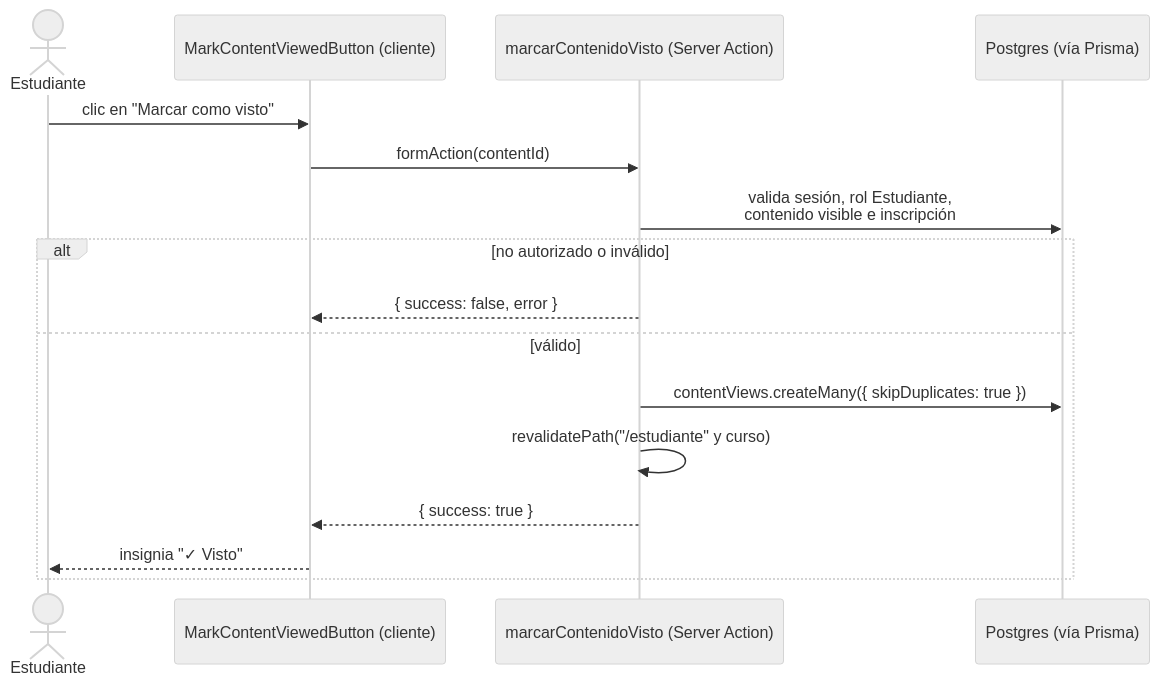
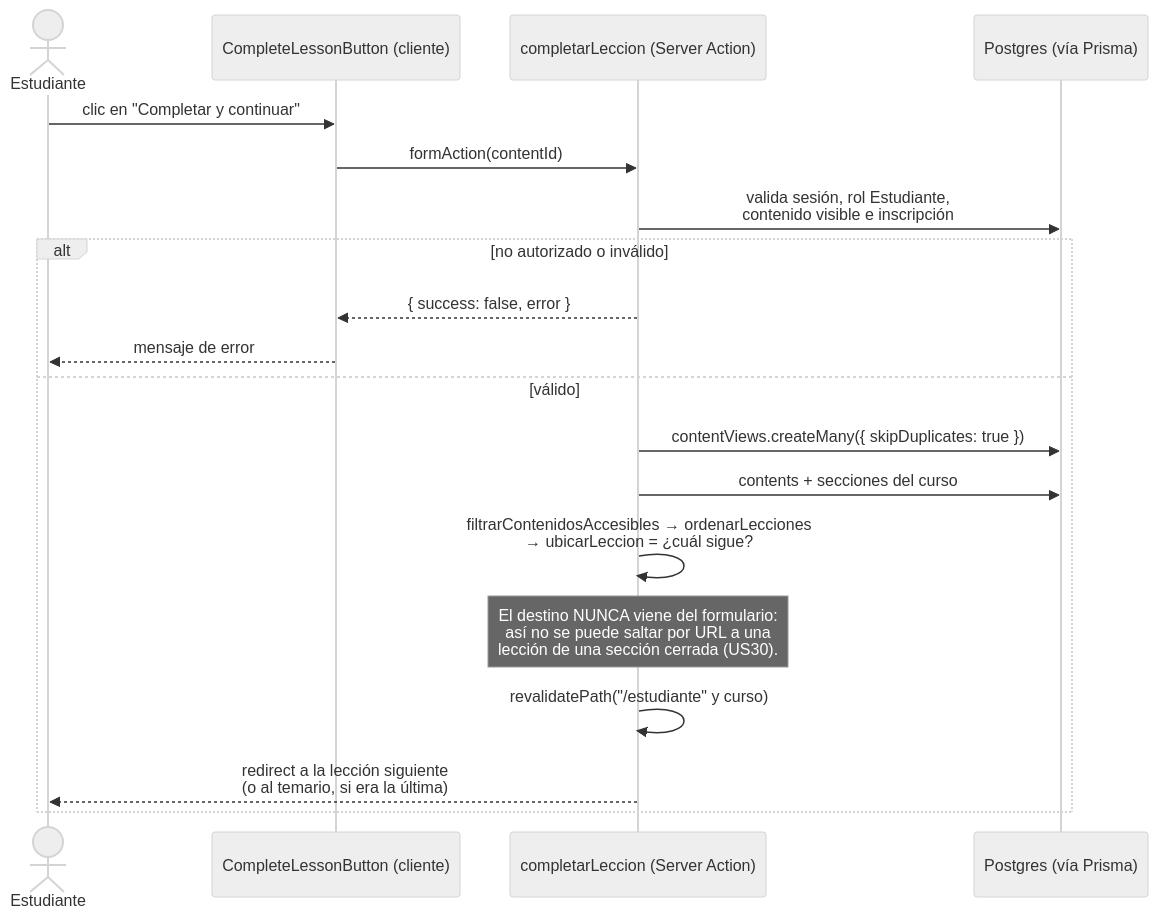
One commit to profefabio-dev/proyecto-lms changed the fifth of 9 diagrams in Diagrama_de_Arquitectura.md. Above: the diagram before and after it, drawn with Mermaid (neutral theme). The commit also changed other lines of this file and 9 other files, not shown here.

````diff
--- a/Diagrama_de_Arquitectura.md
+++ b/Diagrama_de_Arquitectura.md
@@ -154,19 +162,22 @@
 ```mermaid
 sequenceDiagram
     actor E as Estudiante
-    participant Btn as MarkContentViewedButton (cliente)
-    participant Action as marcarContenidoVisto (Server Action)
+    participant Btn as CompleteLessonButton (cliente)
+    participant Action as completarLeccion (Server Action)
     participant DB as Postgres (vía Prisma)
 
-    E->>Btn: clic en "Marcar como visto"
+    E->>Btn: clic en "Completar y continuar"
     Btn->>Action: formAction(contentId)
     Action->>DB: valida sesión, rol Estudiante,<br/>contenido visible e inscripción
     alt no autorizado o inválido
         Action-->>Btn: { success: false, error }
+        Btn-->>E: mensaje de error
     else válido
         Action->>DB: contentViews.createMany({ skipDuplicates: true })
+        Action->>DB: contents + secciones del curso
+        Action->>Action: filtrarContenidosAccesibles → ordenarLecciones<br/>→ ubicarLeccion = ¿cuál sigue?
+        Note over Action: El destino NUNCA viene del formulario:<br/>así no se puede saltar por URL a una<br/>lección de una sección cerrada (US30).
         Action->>Action: revalidatePath("/estudiante" y curso)
-        Action-->>Btn: { success: true }
-        Btn-->>E: insignia "✓ Visto"
+        Action-->>E: redirect a la lección siguiente<br/>(o al temario, si era la última)
     end
 ```
````
